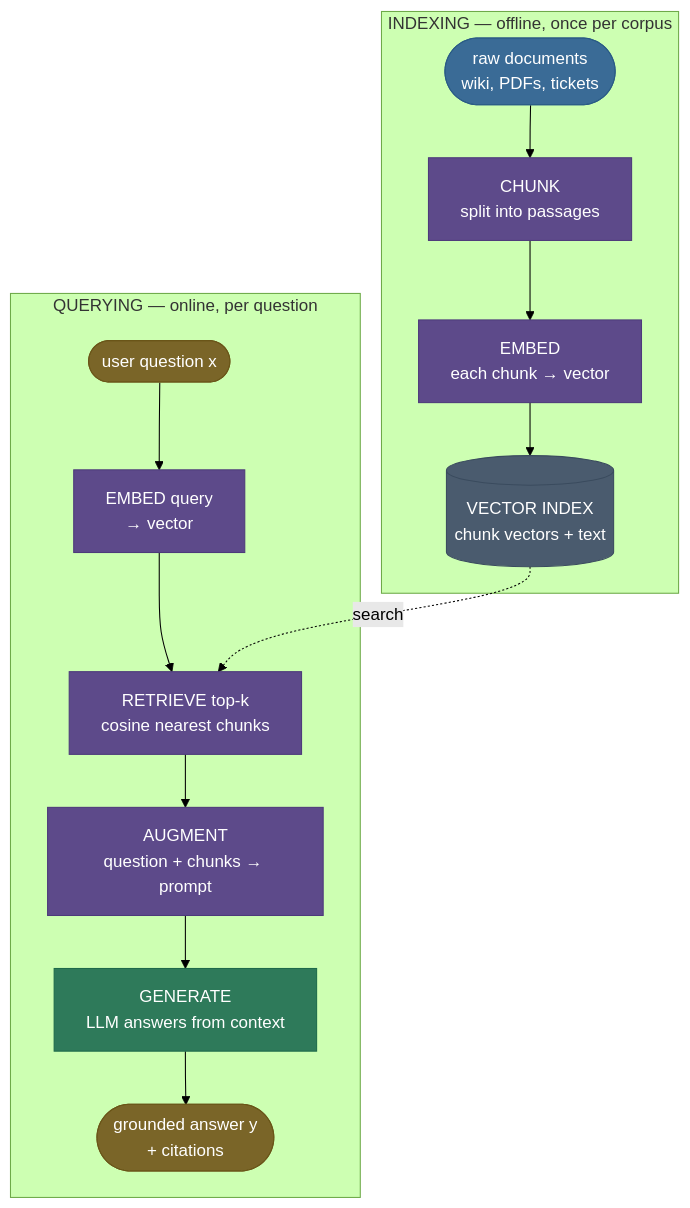
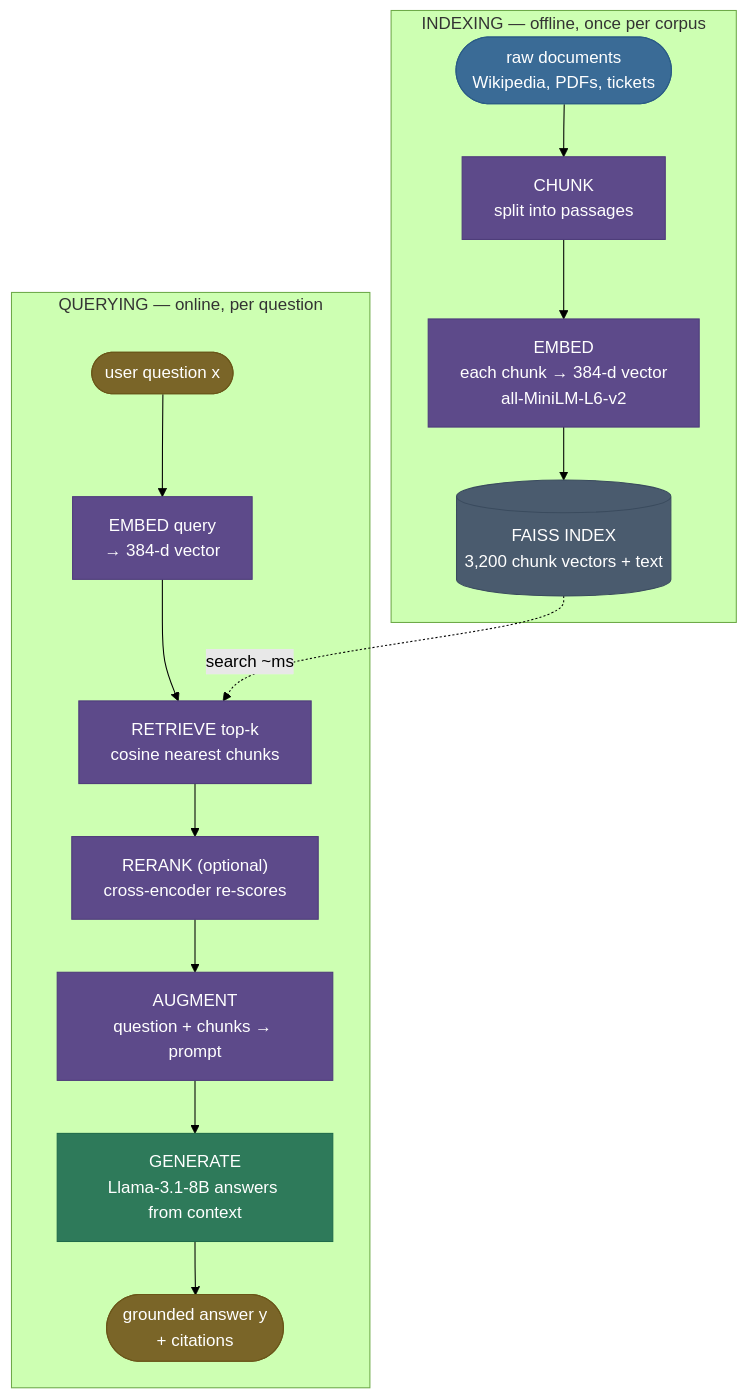
The diagram in llms-applications-and-agents/rag-and-knowledge-systems/rag-foundations/rag-foundations.md (sudhir13s/AI-ML-learning-resources), drawn with Mermaid (forest theme) before and after one commit. The commit also changed other lines of this file and 13 other files, not shown here.

````diff
--- a/llms-applications-and-agents/rag-and-knowledge-systems/rag-foundations/rag-foundations.md
+++ b/llms-applications-and-agents/rag-and-knowledge-systems/rag-foundations/rag-foundations.md
@@ -87,23 +102,24 @@
 ```mermaid
 graph TD
     subgraph INDEX["INDEXING — offline, once per corpus"]
-    DOC(["raw documents<br/>wiki, PDFs, tickets"]):::data --> CH["CHUNK<br/>split into passages"]:::process
-    CH --> EM1["EMBED<br/>each chunk → vector"]:::process
-    EM1 --> IDX[("VECTOR INDEX<br/>chunk vectors + text")]:::frozen
+    DOC(["raw documents<br/>Wikipedia, PDFs, tickets"]):::data --> CH["CHUNK<br/>split into passages"]:::process
+    CH --> EM1["EMBED<br/>each chunk → 384-d vector<br/>all-MiniLM-L6-v2"]:::process
+    EM1 --> IDX[("FAISS INDEX<br/>3,200 chunk vectors + text")]:::frozen
     end
 
     subgraph QUERY["QUERYING — online, per question"]
-    Q(["user question x"]):::amber --> EM2["EMBED query<br/>→ vector"]:::process
+    Q(["user question x"]):::amber --> EM2["EMBED query<br/>→ 384-d vector"]:::process
     EM2 --> RET["RETRIEVE top-k<br/>cosine nearest chunks"]:::process
-    IDX -.->|search| RET
-    RET --> AUG["AUGMENT<br/>question + chunks → prompt"]:::process
-    AUG --> GEN["GENERATE<br/>LLM answers from context"]:::out
+    IDX -.->|search ~ms| RET
+    RET --> RR["RERANK (optional)<br/>cross-encoder re-scores"]:::process
+    RR --> AUG["AUGMENT<br/>question + chunks → prompt"]:::process
+    AUG --> GEN["GENERATE<br/>Llama-3.1-8B answers from context"]:::out
     GEN --> ANS(["grounded answer y<br/>+ citations"]):::amber
     end
 
     classDef data fill:#3A6B96,stroke:#2A5B86,color:#fff
     classDef process fill:#5D4A8A,stroke:#4D3A7A,color:#fff
     classDef frozen fill:#4A5B6E,stroke:#3A4B5E,color:#fff
     classDef out fill:#2E7A5A,stroke:#1E6A4A,color:#fff
     classDef amber fill:#7A6528,stroke:#6A5518,color:#fff
 ```
````
